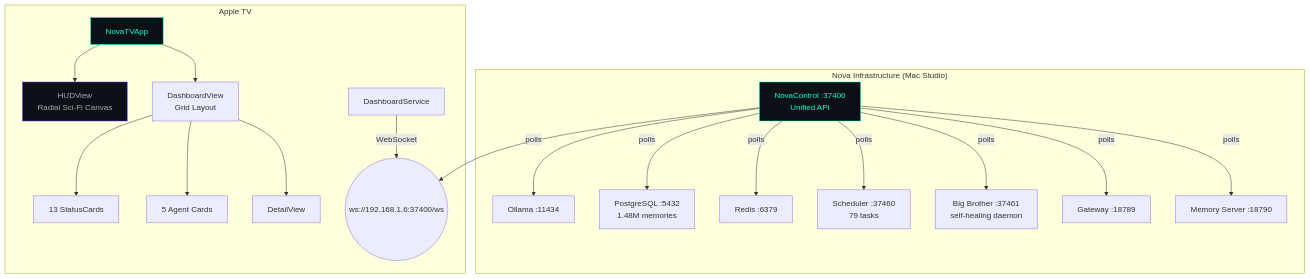
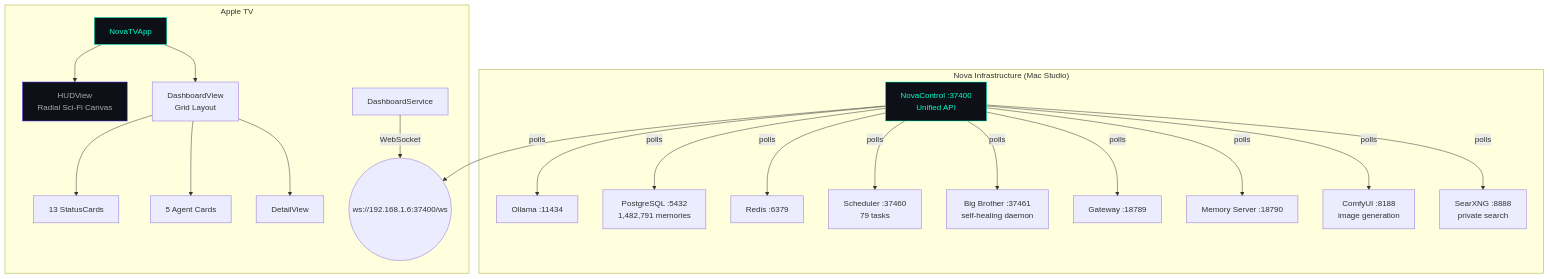
The first of 2 diagrams in README.md (kochj23/NovaTV), drawn with Mermaid before and after one commit. The commit also changed other lines of this file, not shown here.

````diff
--- a/README.md
+++ b/README.md
@@ -17,28 +18,30 @@
 ```mermaid
 graph TD
     subgraph AppleTV["Apple TV"]
         App[NovaTVApp] --> HUD[HUDView<br/>Radial Sci-Fi Canvas]
         App --> Dashboard[DashboardView<br/>Grid Layout]
         Dashboard --> Cards[13 StatusCards]
         Dashboard --> Agents[5 Agent Cards]
         Dashboard --> Detail[DetailView]
         DS[DashboardService] -->|WebSocket| WS
     end
 
     WS((ws://192.168.1.6:37400/ws))
 
     subgraph Nova["Nova Infrastructure (Mac Studio)"]
         NC[NovaControl :37400<br/>Unified API] --> WS
         NC -->|polls| Ollama[Ollama :11434]
-        NC -->|polls| PG[PostgreSQL :5432<br/>1.48M memories]
+        NC -->|polls| PG[PostgreSQL :5432<br/>1,482,791 memories]
         NC -->|polls| Redis[Redis :6379]
         NC -->|polls| Sched[Scheduler :37460<br/>79 tasks]
         NC -->|polls| BB[Big Brother :37461<br/>self-healing daemon]
         NC -->|polls| GW[Gateway :18789]
         NC -->|polls| Mem[Memory Server :18790]
+        NC -->|polls| ComfyUI[ComfyUI :8188<br/>image generation]
+        NC -->|polls| SearXNG[SearXNG :8888<br/>private search]
     end
 
     style App fill:#0d1117,stroke:#00ffcc,color:#00ffcc
     style NC fill:#0d1117,stroke:#00ffcc,color:#00ffcc
     style HUD fill:#0d1117,stroke:#5535ff,color:#aaa
 ```
````
